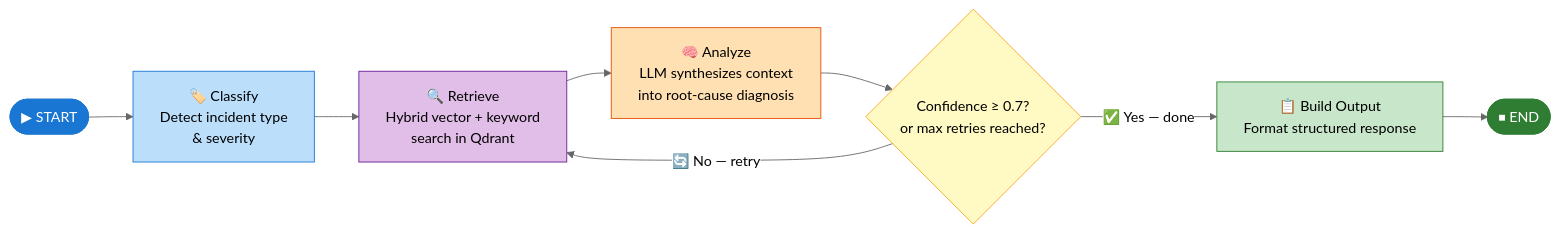
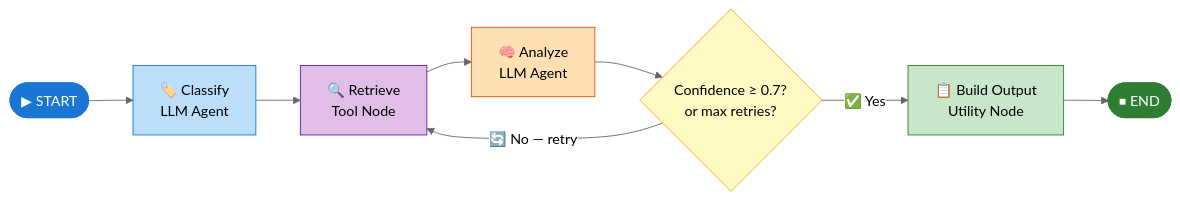
One commit to stroccoli/ariadne changed the third of 3 diagrams in ARCHITECTURE.md. Above: the diagram before and after it, drawn with Mermaid (neutral theme). The commit also changed other lines of this file, not shown here.

````diff
--- a/ARCHITECTURE.md
+++ b/ARCHITECTURE.md
@@ -97,18 +118,18 @@
 ```mermaid
 flowchart LR
-    START([▶ START]) --> classify[🏷️ Classify<br/>Detect incident type<br/>& severity]
-    classify --> retrieve[🔍 Retrieve<br/>Hybrid vector + keyword<br/>search in Qdrant]
-    retrieve --> analyze[🧠 Analyze<br/>LLM synthesizes context<br/>into root-cause diagnosis]
-    analyze --> check{Confidence ≥ 0.7?<br/>or max retries reached?}
-    check -->|✅ Yes — done| build[📋 Build Output<br/>Format structured response]
+    START([▶ START]) --> classify[🏷️ Classify<br/>LLM Agent]
+    classify --> retrieve[🔍 Retrieve<br/>Tool Node]
+    retrieve --> analyze[🧠 Analyze<br/>LLM Agent]
+    analyze --> check{Confidence ≥ 0.7?<br/>or max retries?}
+    check -->|✅ Yes| build[📋 Build Output<br/>Utility Node]
     check -->|🔄 No — retry| retrieve
     build --> END([⏹ END])
 
     style START fill:#1976D2,stroke:#1976D2,color:#fff
     style classify fill:#bbdefb,stroke:#1976D2,color:#000
     style retrieve fill:#e1bee7,stroke:#6A1B9A,color:#000
     style analyze fill:#ffe0b2,stroke:#E65100,color:#000
     style check fill:#fff9c4,stroke:#F9A825,color:#000
     style build fill:#c8e6c9,stroke:#2E7D32,color:#000
     style END fill:#2E7D32,stroke:#2E7D32,color:#fff
 ```
````
